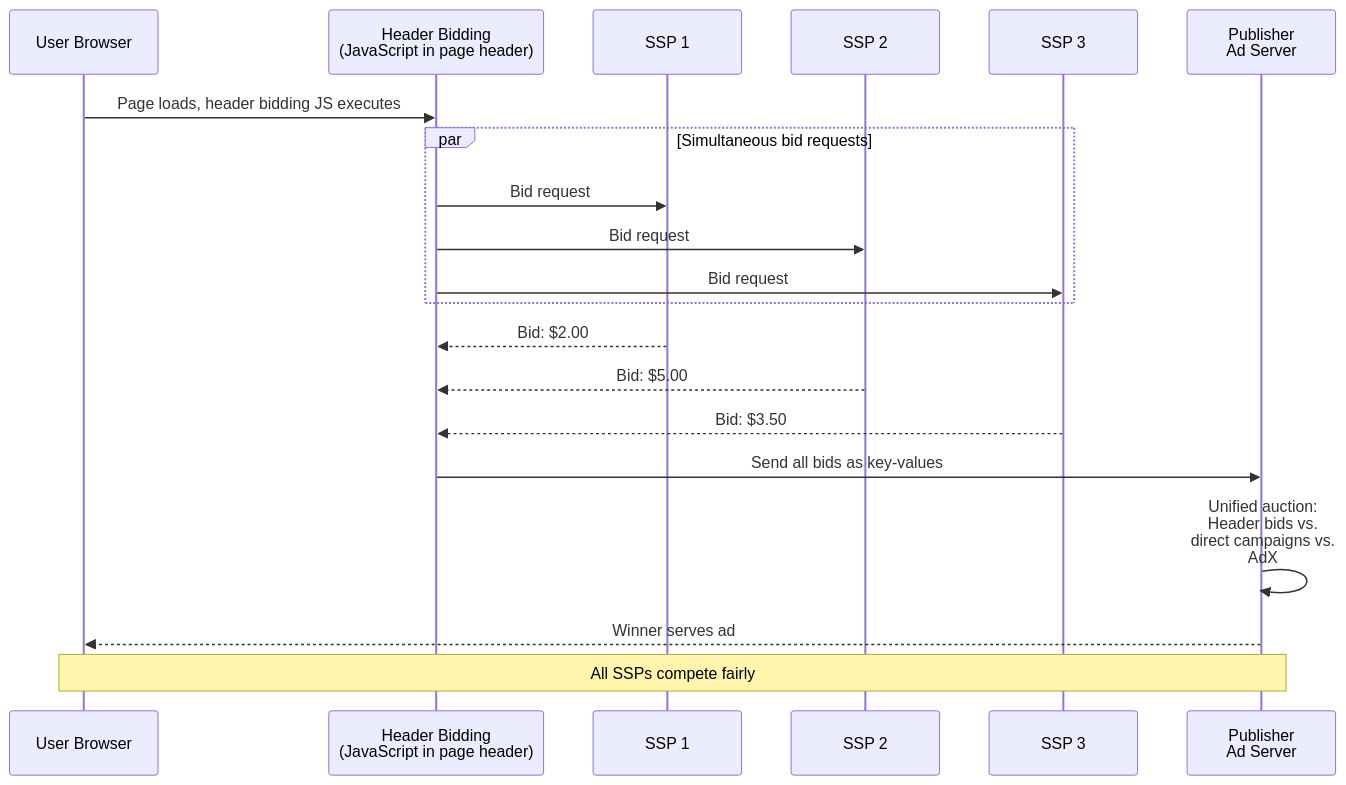
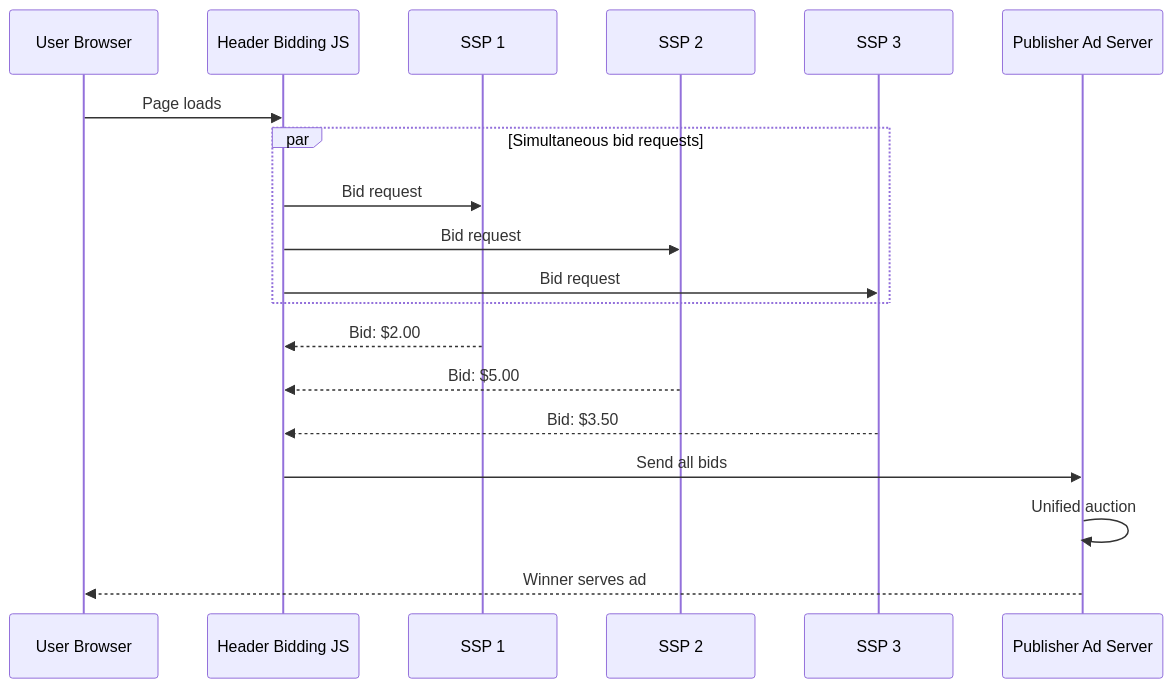
One commit to saanghyuk/ship-your-ads changed the second of 2 diagrams in adtech/rtb.mdx. Above: the diagram before and after it, drawn with Mermaid. The commit also changed other lines of this file and 47 other files, not shown here.

````diff
--- a/adtech/rtb.mdx
+++ b/adtech/rtb.mdx
@@ -470,24 +203,22 @@
 ```mermaid
 sequenceDiagram
     participant U as User Browser
-    participant HB as Header Bidding<br/>(JavaScript in page header)
+    participant HB as Header Bidding JS
     participant SSP1 as SSP 1
     participant SSP2 as SSP 2
     participant SSP3 as SSP 3
-    participant AS as Publisher<br/>Ad Server
+    participant AS as Publisher Ad Server
 
-    U->>HB: Page loads, header bidding JS executes
+    U->>HB: Page loads
     par Simultaneous bid requests
         HB->>SSP1: Bid request
         HB->>SSP2: Bid request
         HB->>SSP3: Bid request
     end
     SSP1-->>HB: Bid: $2.00
     SSP2-->>HB: Bid: $5.00
     SSP3-->>HB: Bid: $3.50
-    HB->>AS: Send all bids as key-values
-    AS->>AS: Unified auction:<br/>Header bids vs.<br/>direct campaigns vs.<br/>AdX
+    HB->>AS: Send all bids
+    AS->>AS: Unified auction
     AS-->>U: Winner serves ad
-
-    Note over U,AS: All SSPs compete fairly
 ```
````
